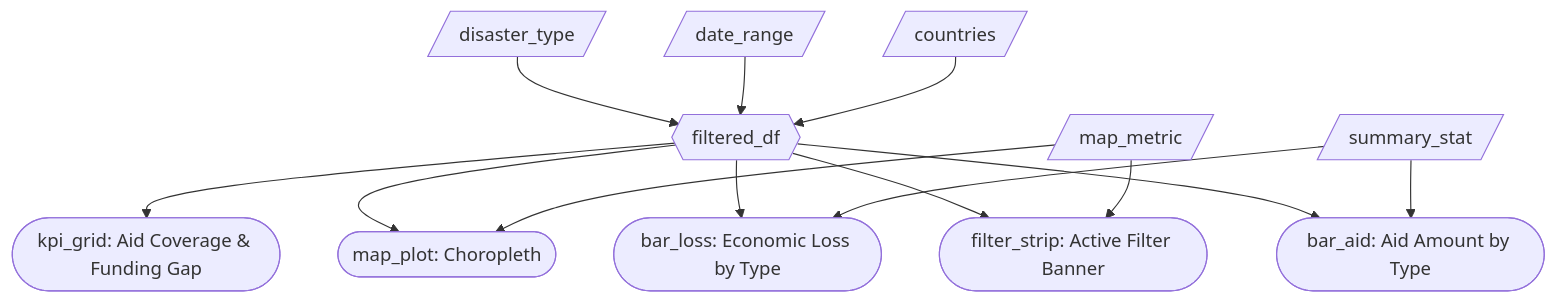
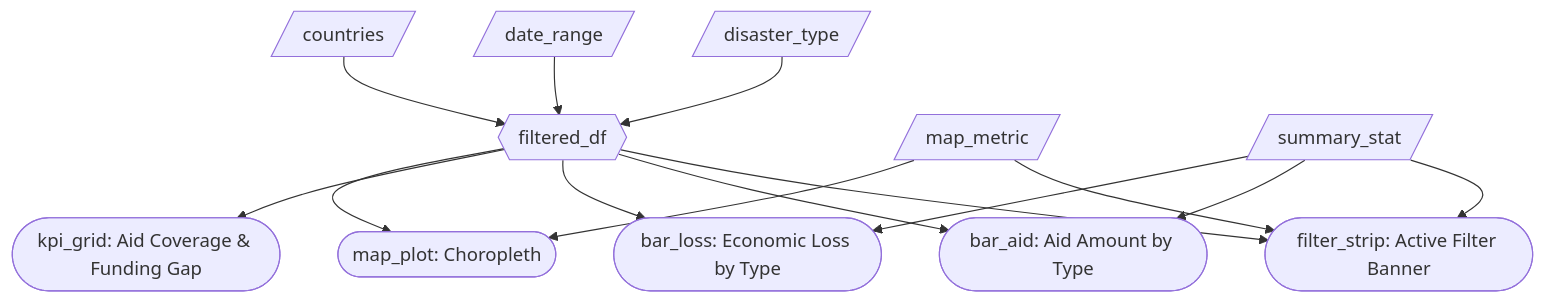
The diagram in reports/m2_spec.md (UBC-MDS/DSCI-532_2026_18_disasterdash), drawn with Mermaid before and after one commit. The commit also changed other lines of this file and 1 other file, not shown here.

````diff
--- a/reports/m2_spec.md
+++ b/reports/m2_spec.md
@@ -35,16 +35,17 @@
 ```mermaid
 flowchart TD
     A[/countries/] --> F{{filtered_df}}
     B[/date_range/] --> F
     C[/disaster_type/] --> F
     D[/map_metric/] --> Map
     D --> Strip
     E[/summary_stat/] --> BarLoss
     E --> BarAid
+    E --> Strip
 
     F --> Map([map_plot: Choropleth])
     F --> KPI([kpi_grid: Aid Coverage & Funding Gap])
     F --> BarLoss([bar_loss: Economic Loss by Type])
     F --> BarAid([bar_aid: Aid Amount by Type])
     F --> Strip([filter_strip: Active Filter Banner])
 ```
````
